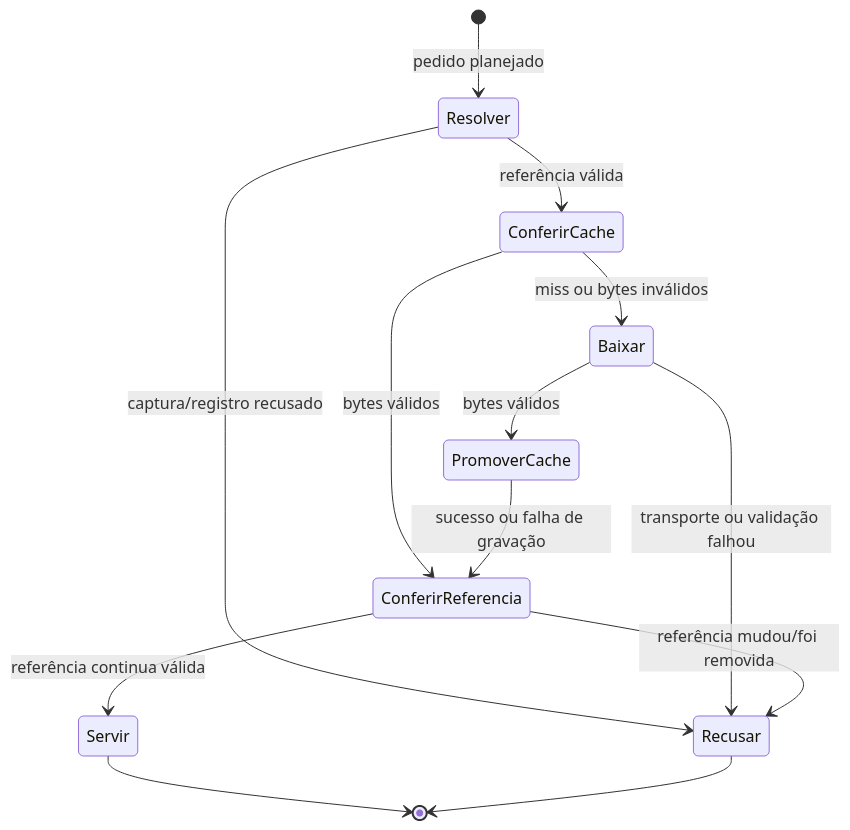
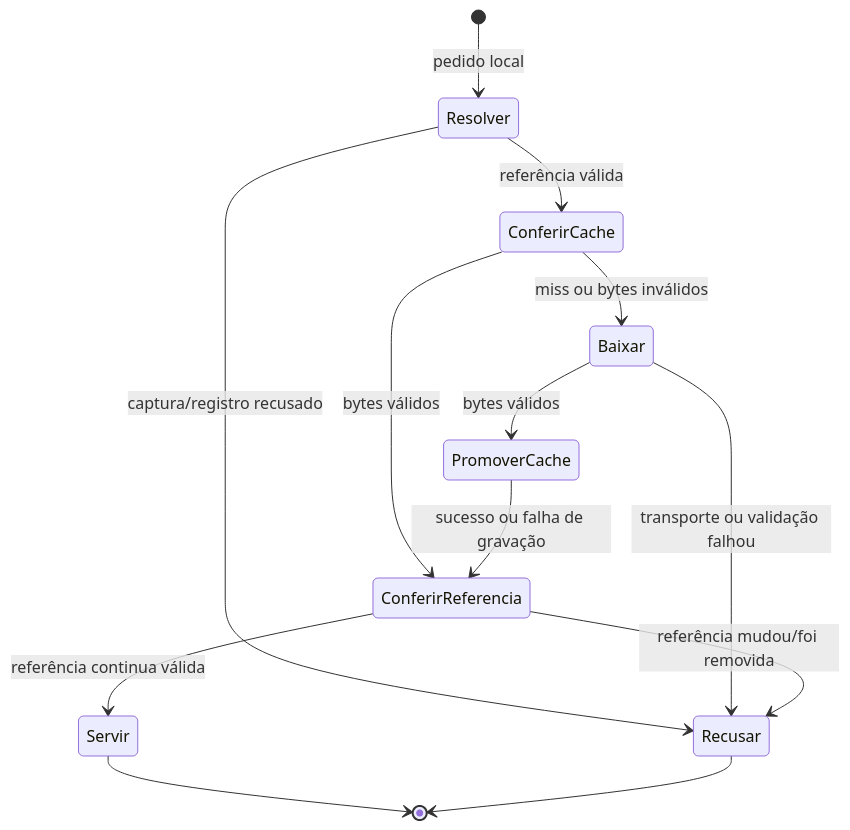
The diagram in specs/005-previas-imagens/data-model.md (Browsher/crm-social), drawn with Mermaid before and after one commit. The commit also changed other lines of this file and 23 other files, not shown here.

````diff
--- a/specs/005-previas-imagens/data-model.md
+++ b/specs/005-previas-imagens/data-model.md
@@ -27,15 +27,15 @@
 ```mermaid
 stateDiagram-v2
-  [*] --> Resolver: pedido planejado
+  [*] --> Resolver: pedido local
   Resolver --> Recusar: captura/registro recusado
   Resolver --> ConferirCache: referência válida
   ConferirCache --> ConferirReferencia: bytes válidos
   ConferirCache --> Baixar: miss ou bytes inválidos
   Baixar --> Recusar: transporte ou validação falhou
   Baixar --> PromoverCache: bytes válidos
   PromoverCache --> ConferirReferencia: sucesso ou falha de gravação
   ConferirReferencia --> Recusar: referência mudou/foi removida
   ConferirReferencia --> Servir: referência continua válida
   Servir --> [*]
   Recusar --> [*]
 ```
````
